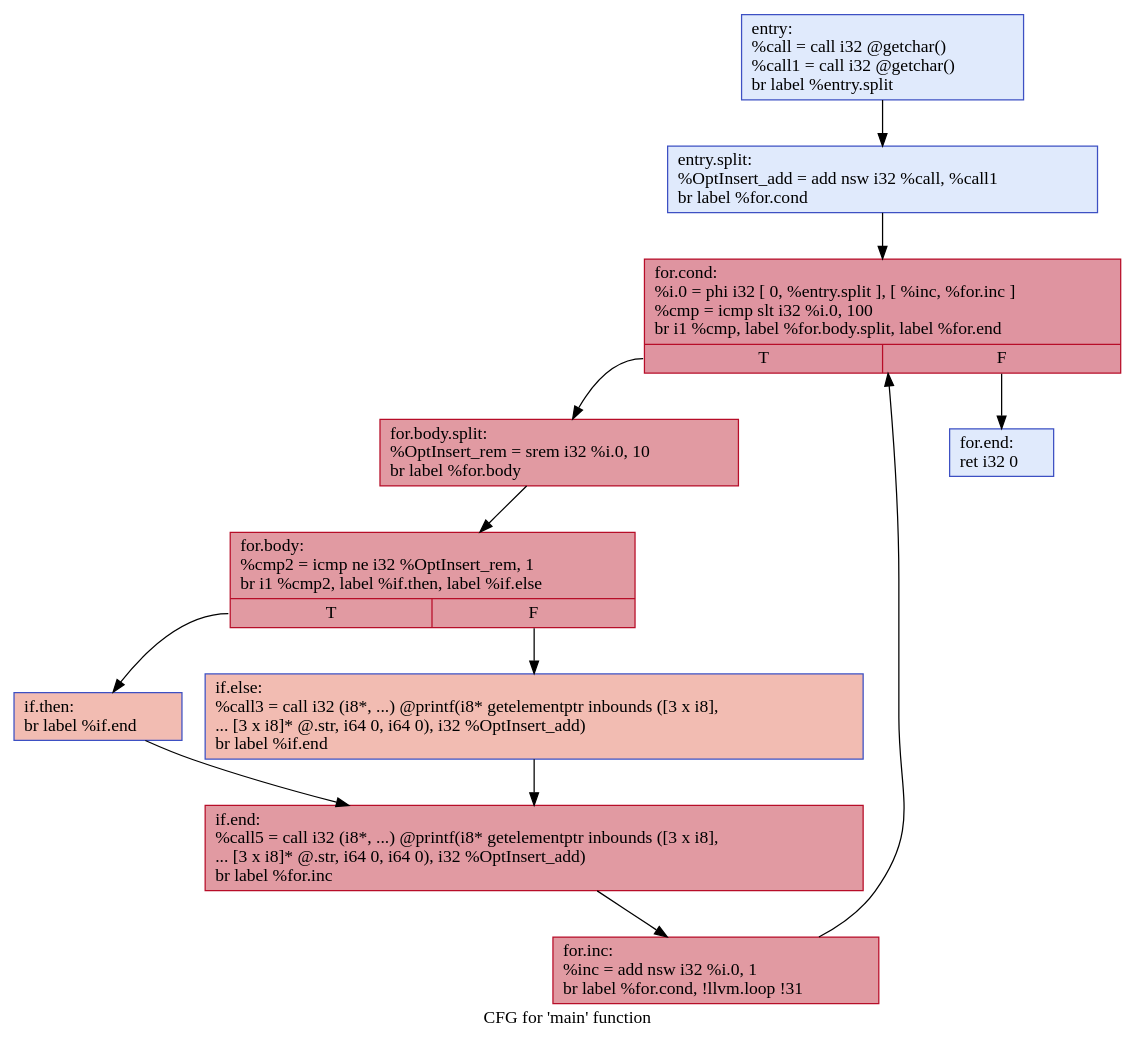
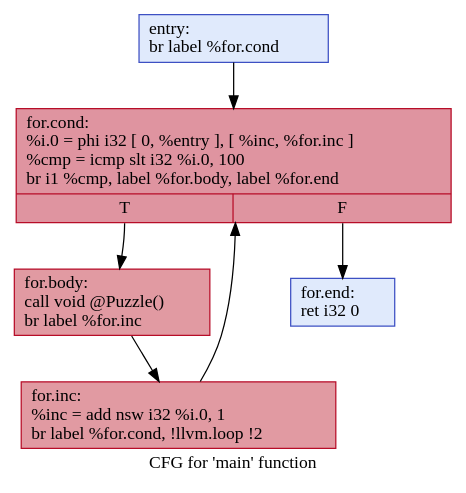
The diagram in visual/.main.dot (GGLeod/Speculation-Based-GVNPRE), drawn with Graphviz before and after one commit. The commit also changed 65 other files, not shown here.

Commit message:
fix phi node issue 2

```diff
--- a/visual/.main.dot
+++ b/visual/.main.dot
@@ -1,25 +1,14 @@
 digraph "CFG for 'main' function" {
 	label="CFG for 'main' function";
 
-	Node0x55caafad3640 [shape=record,color="#3d50c3ff", style=filled, fillcolor="#b9d0f970",label="{entry:\l  %call = call i32 @getchar()\l  %call1 = call i32 @getchar()\l  br label %entry.split\l}"];
-	Node0x55caafad3640 -> Node0x55caafae5240;
-	Node0x55caafae5240 [shape=record,color="#3d50c3ff", style=filled, fillcolor="#b9d0f970",label="{entry.split:                                      \l  %OptInsert_add = add nsw i32 %call, %call1\l  br label %for.cond\l}"];
-	Node0x55caafae5240 -> Node0x55caafae5290;
-	Node0x55caafae5290 [shape=record,color="#b70d28ff", style=filled, fillcolor="#b70d2870",label="{for.cond:                                         \l  %i.0 = phi i32 [ 0, %entry.split ], [ %inc, %for.inc ]\l  %cmp = icmp slt i32 %i.0, 100\l  br i1 %cmp, label %for.body.split, label %for.end\l|{<s0>T|<s1>F}}"];
-	Node0x55caafae5290:s0 -> Node0x55caafae52e0;
-	Node0x55caafae5290:s1 -> Node0x55caafae54c0;
-	Node0x55caafae52e0 [shape=record,color="#b70d28ff", style=filled, fillcolor="#bb1b2c70",label="{for.body.split:                                   \l  %OptInsert_rem = srem i32 %i.0, 10\l  br label %for.body\l}"];
-	Node0x55caafae52e0 -> Node0x55caafae5330;
-	Node0x55caafae5330 [shape=record,color="#b70d28ff", style=filled, fillcolor="#bb1b2c70",label="{for.body:                                         \l  %cmp2 = icmp ne i32 %OptInsert_rem, 1\l  br i1 %cmp2, label %if.then, label %if.else\l|{<s0>T|<s1>F}}"];
-	Node0x55caafae5330:s0 -> Node0x55caafae5380;
-	Node0x55caafae5330:s1 -> Node0x55caafae53d0;
-	Node0x55caafae5380 [shape=record,color="#3d50c3ff", style=filled, fillcolor="#e1675170",label="{if.then:                                          \l  br label %if.end\l}"];
-	Node0x55caafae5380 -> Node0x55caafae5420;
-	Node0x55caafae53d0 [shape=record,color="#3d50c3ff", style=filled, fillcolor="#e1675170",label="{if.else:                                          \l  %call3 = call i32 (i8*, ...) @printf(i8* getelementptr inbounds ([3 x i8],\l... [3 x i8]* @.str, i64 0, i64 0), i32 %OptInsert_add)\l  br label %if.end\l}"];
-	Node0x55caafae53d0 -> Node0x55caafae5420;
-	Node0x55caafae5420 [shape=record,color="#b70d28ff", style=filled, fillcolor="#bb1b2c70",label="{if.end:                                           \l  %call5 = call i32 (i8*, ...) @printf(i8* getelementptr inbounds ([3 x i8],\l... [3 x i8]* @.str, i64 0, i64 0), i32 %OptInsert_add)\l  br label %for.inc\l}"];
-	Node0x55caafae5420 -> Node0x55caafae5470;
-	Node0x55caafae5470 [shape=record,color="#b70d28ff", style=filled, fillcolor="#bb1b2c70",label="{for.inc:                                          \l  %inc = add nsw i32 %i.0, 1\l  br label %for.cond, !llvm.loop !31\l}"];
-	Node0x55caafae5470 -> Node0x55caafae5290;
-	Node0x55caafae54c0 [shape=record,color="#3d50c3ff", style=filled, fillcolor="#b9d0f970",label="{for.end:                                          \l  ret i32 0\l}"];
+	Node0x5654d0fd4c60 [shape=record,color="#3d50c3ff", style=filled, fillcolor="#b9d0f970",label="{entry:\l  br label %for.cond\l}"];
+	Node0x5654d0fd4c60 -> Node0x5654d0fc9880;
+	Node0x5654d0fc9880 [shape=record,color="#b70d28ff", style=filled, fillcolor="#b70d2870",label="{for.cond:                                         \l  %i.0 = phi i32 [ 0, %entry ], [ %inc, %for.inc ]\l  %cmp = icmp slt i32 %i.0, 100\l  br i1 %cmp, label %for.body, label %for.end\l|{<s0>T|<s1>F}}"];
+	Node0x5654d0fc9880:s0 -> Node0x5654d0fc98d0;
+	Node0x5654d0fc9880:s1 -> Node0x5654d0fc9970;
+	Node0x5654d0fc98d0 [shape=record,color="#b70d28ff", style=filled, fillcolor="#bb1b2c70",label="{for.body:                                         \l  call void @Puzzle()\l  br label %for.inc\l}"];
+	Node0x5654d0fc98d0 -> Node0x5654d0fc9920;
+	Node0x5654d0fc9920 [shape=record,color="#b70d28ff", style=filled, fillcolor="#bb1b2c70",label="{for.inc:                                          \l  %inc = add nsw i32 %i.0, 1\l  br label %for.cond, !llvm.loop !2\l}"];
+	Node0x5654d0fc9920 -> Node0x5654d0fc9880;
+	Node0x5654d0fc9970 [shape=record,color="#3d50c3ff", style=filled, fillcolor="#b9d0f970",label="{for.end:                                          \l  ret i32 0\l}"];
 }
```
